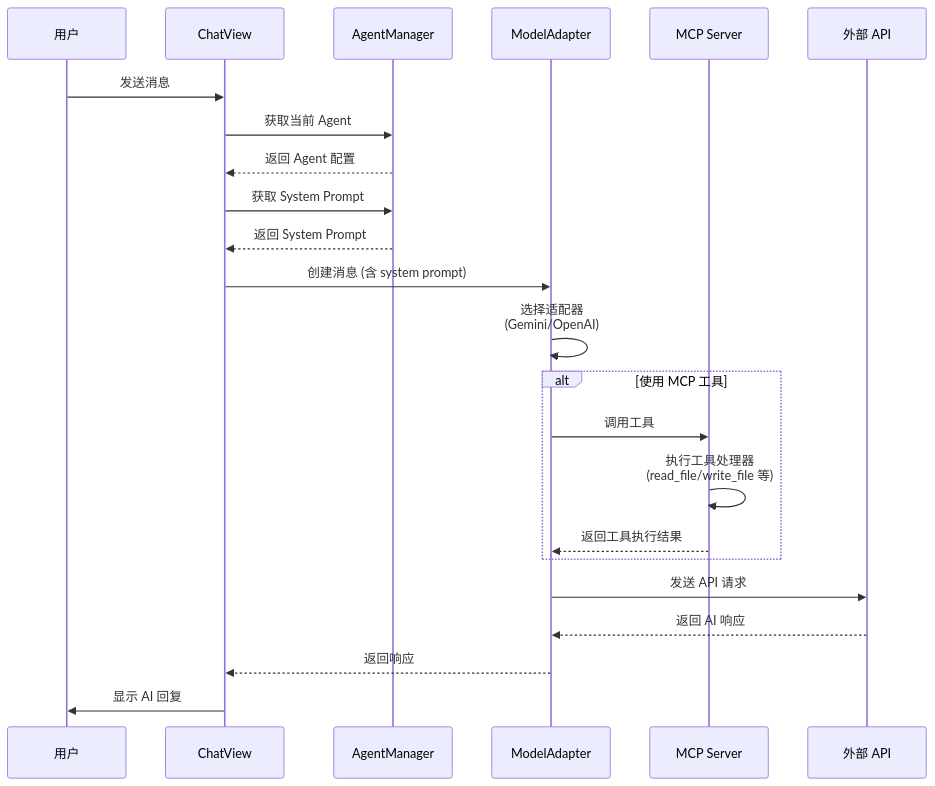
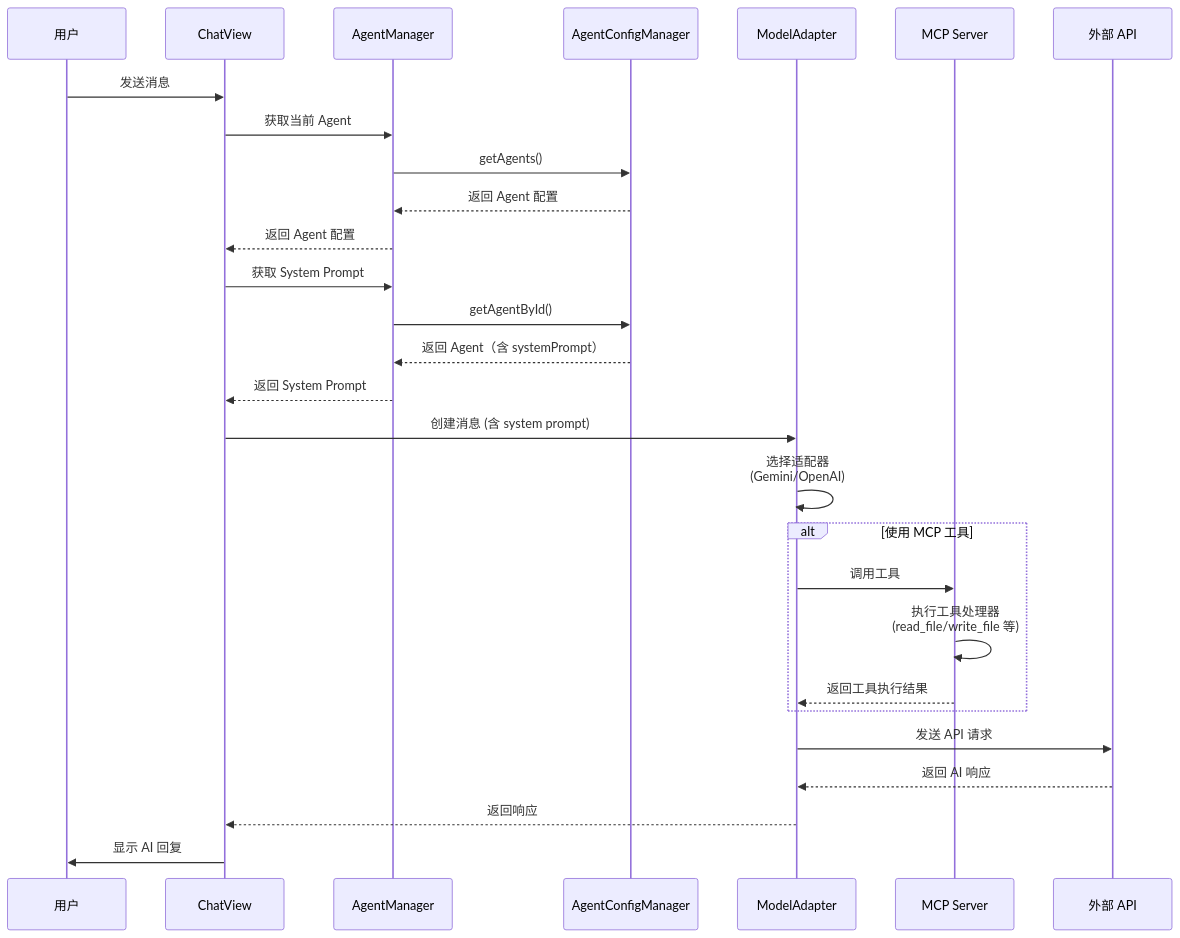
The third of 10 diagrams in docs/现实情况.md (Leonardo-lijianan/ai-agent-leobot), drawn with Mermaid before and after one commit. The commit also changed other lines of this file and 25 other files, not shown here.

````diff
--- a/docs/现实情况.md
+++ b/docs/现实情况.md
@@ -117,29 +178,34 @@
 ```mermaid
 sequenceDiagram
     participant User as 用户
     participant ChatView as ChatView
     participant AgentManager as AgentManager
+    participant AgentConfigManager as AgentConfigManager
     participant ModelAdapter as ModelAdapter
     participant MCPServer as MCP Server
     participant ExternalAPI as 外部 API
     
     User->>ChatView: 发送消息
     ChatView->>AgentManager: 获取当前 Agent
+    AgentManager->>AgentConfigManager: getAgents()
+    AgentConfigManager-->>AgentManager: 返回 Agent 配置
     AgentManager-->>ChatView: 返回 Agent 配置
     ChatView->>AgentManager: 获取 System Prompt
+    AgentManager->>AgentConfigManager: getAgentById()
+    AgentConfigManager-->>AgentManager: 返回 Agent（含 systemPrompt）
     AgentManager-->>ChatView: 返回 System Prompt
     
     ChatView->>ModelAdapter: 创建消息 (含 system prompt)
     ModelAdapter->>ModelAdapter: 选择适配器<br/>(Gemini/OpenAI)
     
     alt 使用 MCP 工具
         ModelAdapter->>MCPServer: 调用工具
         MCPServer->>MCPServer: 执行工具处理器<br/>(read_file/write_file 等)
         MCPServer-->>ModelAdapter: 返回工具执行结果
     end
     
     ModelAdapter->>ExternalAPI: 发送 API 请求
     ExternalAPI-->>ModelAdapter: 返回 AI 响应
     ModelAdapter-->>ChatView: 返回响应
     ChatView->>User: 显示 AI 回复
 ```
````
